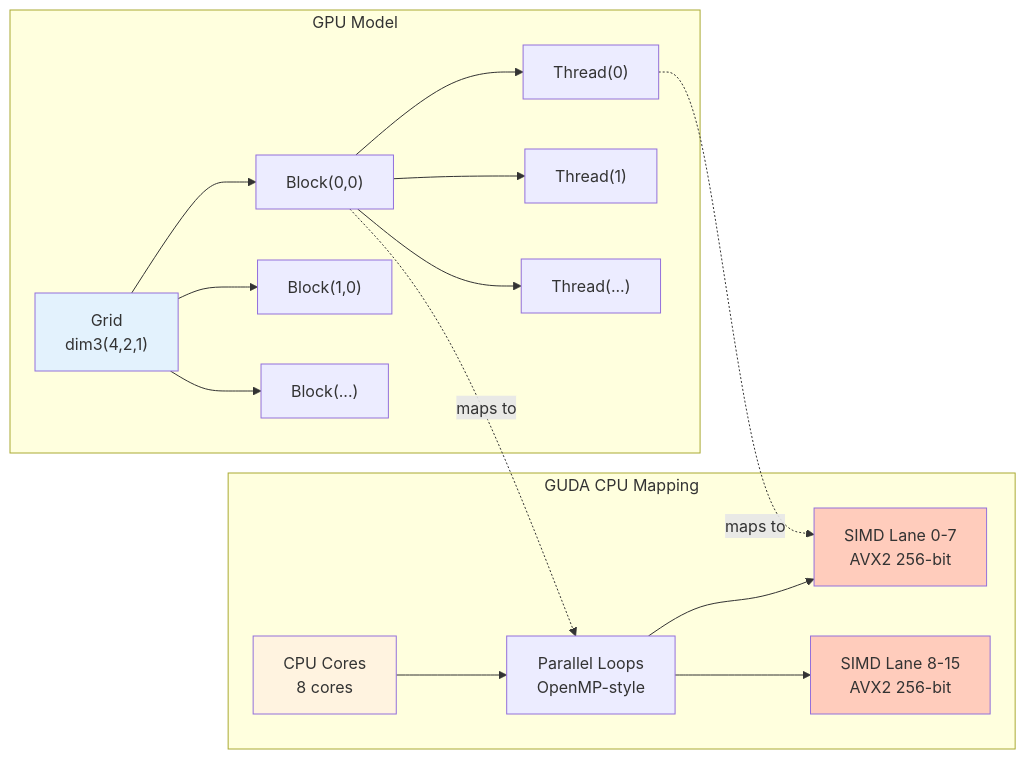
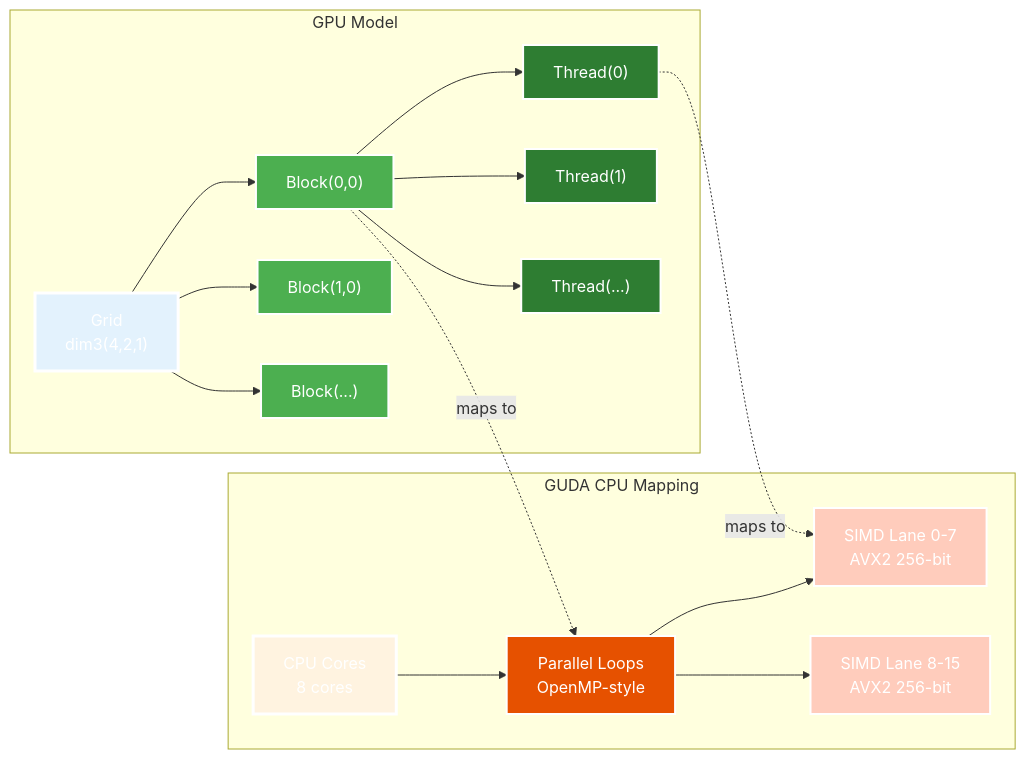
The second of 3 diagrams in README.md (LynnColeArt/guda), drawn with Mermaid before and after one commit. The commit also changed other lines of this file and 3992 other files, not shown here.

First line of the commit message:
Improve Mermaid chart accessibility with high-contrast colors

````diff
--- a/README.md
+++ b/README.md
@@ -152,38 +157,55 @@
 ```mermaid
 graph LR
     subgraph "GPU Model"
         GRID["Grid<br/>dim3(4,2,1)"]
         BLOCK1["Block(0,0)"]
         BLOCK2["Block(1,0)"]
         BLOCK3["Block(...)"]
         THREAD1["Thread(0)"]
         THREAD2["Thread(1)"]
         THREAD3["Thread(...)"]
         
         GRID --> BLOCK1
         GRID --> BLOCK2
         GRID --> BLOCK3
         BLOCK1 --> THREAD1
         BLOCK1 --> THREAD2
         BLOCK1 --> THREAD3
     end
     
     subgraph "GUDA CPU Mapping"
         CORES["CPU Cores<br/>8 cores"]
         LOOP["Parallel Loops<br/>OpenMP-style"]
         SIMD1["SIMD Lane 0-7<br/>AVX2 256-bit"]
         SIMD2["SIMD Lane 8-15<br/>AVX2 256-bit"]
         
         CORES --> LOOP
         LOOP --> SIMD1
         LOOP --> SIMD2
     end
     
     BLOCK1 -.->|"maps to"| LOOP
     THREAD1 -.->|"maps to"| SIMD1
     
+    %% High contrast GPU styling
+    classDef gpuGrid fill:#76B900,stroke:#ffffff,stroke-width:3px,color:#ffffff
+    classDef gpuBlock fill:#4CAF50,stroke:#ffffff,stroke-width:2px,color:#ffffff
+    classDef gpuThread fill:#2E7D32,stroke:#ffffff,stroke-width:2px,color:#ffffff
+    
+    %% High contrast CPU styling  
+    classDef cpuCore fill:#FF6B35,stroke:#ffffff,stroke-width:3px,color:#ffffff
+    classDef cpuLoop fill:#E65100,stroke:#ffffff,stroke-width:2px,color:#ffffff
+    classDef cpuSIMD fill:#BF360C,stroke:#ffffff,stroke-width:2px,color:#ffffff
+    
+    class GRID gpuGrid
+    class BLOCK1,BLOCK2,BLOCK3 gpuBlock
+    class THREAD1,THREAD2,THREAD3 gpuThread
+    class CORES cpuCore
+    class LOOP cpuLoop
+    class SIMD1,SIMD2 cpuSIMD
+    
     style GRID fill:#e3f2fd
     style CORES fill:#fff3e0
     style SIMD1 fill:#ffccbc
     style SIMD2 fill:#ffccbc
 ```
````
